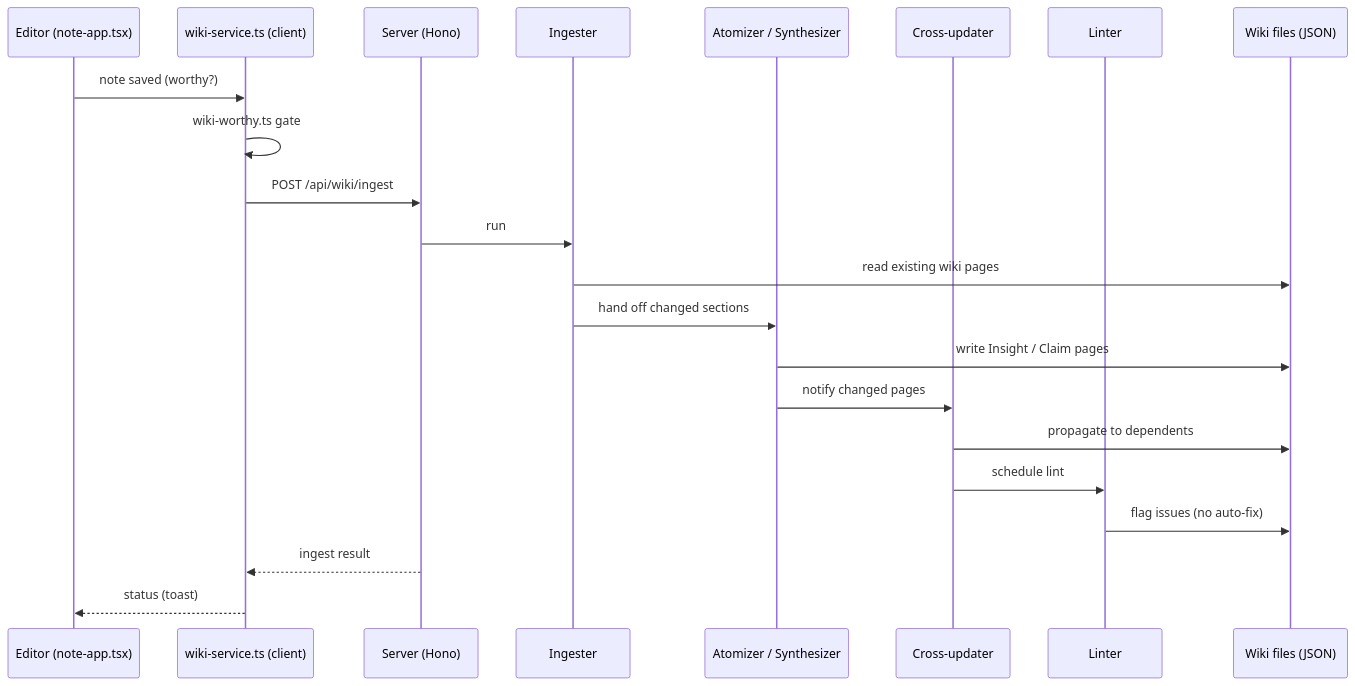
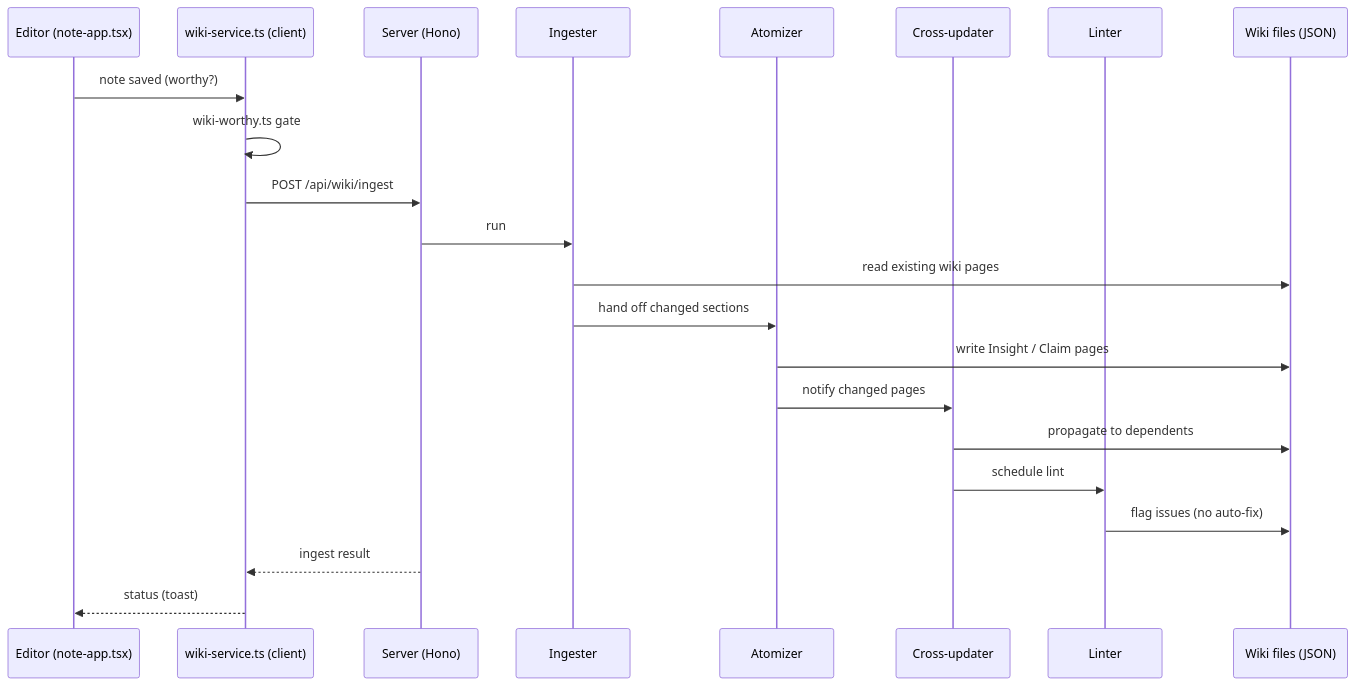
The second of 3 diagrams in docs/ARCHITECTURE.md (kumagallium/Graphium), drawn with Mermaid before and after one commit. The commit also changed other lines of this file and 34 other files, not shown here.

````diff
--- a/docs/ARCHITECTURE.md
+++ b/docs/ARCHITECTURE.md
@@ -242,25 +240,25 @@
 ```mermaid
 sequenceDiagram
     participant E as Editor (note-app.tsx)
     participant W as wiki-service.ts (client)
     participant S as Server (Hono)
     participant I as Ingester
-    participant A as Atomizer / Synthesizer
+    participant A as Atomizer
     participant X as Cross-updater
     participant L as Linter
     participant FS as Wiki files (JSON)
 
     E->>W: note saved (worthy?)
     W->>W: wiki-worthy.ts gate
     W->>S: POST /api/wiki/ingest
     S->>I: run
     I->>FS: read existing wiki pages
     I->>A: hand off changed sections
     A->>FS: write Insight / Claim pages
     A->>X: notify changed pages
     X->>FS: propagate to dependents
     X->>L: schedule lint
     L->>FS: flag issues (no auto-fix)
     S-->>W: ingest result
     W-->>E: status (toast)
 ```
````
